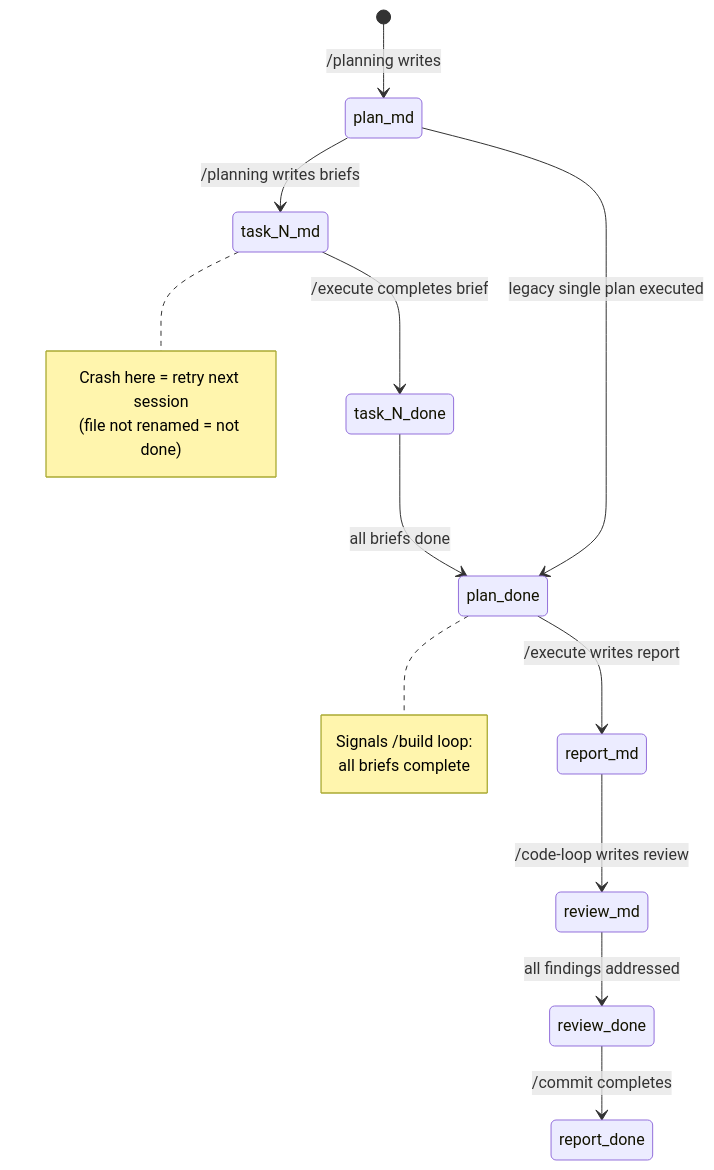
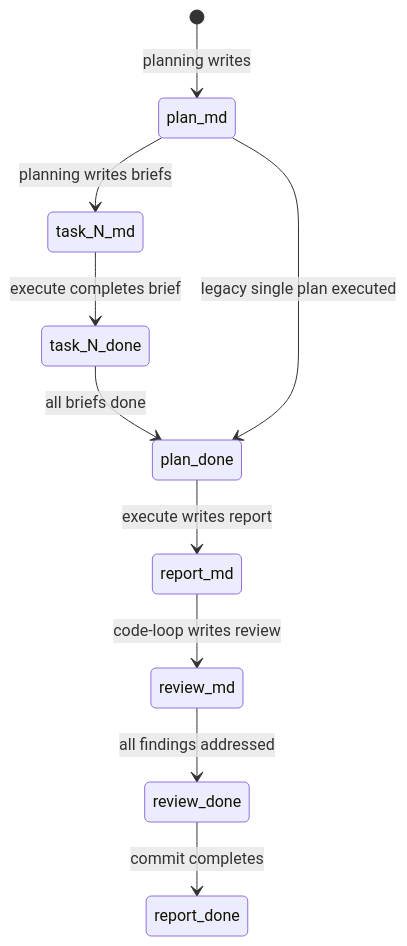
One commit to ryanjosebrosas/autonomous-coding-system-final changed the sixth of 6 diagrams in README.md. Above: the diagram before and after it, drawn with Mermaid. The commit also changed other lines of this file, not shown here.

First line of the commit message:
fix(readme): fix Mermaid syntax for GitHub renderer

````diff
--- a/README.md
+++ b/README.md
@@ -471,25 +471,15 @@
 ```mermaid
 stateDiagram-v2
-    [*] --> plan_md : /planning writes
+    [*] --> plan_md : planning writes
 
-    plan_md --> task_N_md : /planning writes briefs
-    task_N_md --> task_N_done : /execute completes brief
+    plan_md --> task_N_md : planning writes briefs
+    task_N_md --> task_N_done : execute completes brief
     task_N_done --> plan_done : all briefs done
 
     plan_md --> plan_done : legacy single plan executed
 
-    plan_done --> report_md : /execute writes report
-    report_md --> review_md : /code-loop writes review
+    plan_done --> report_md : execute writes report
+    report_md --> review_md : code-loop writes review
     review_md --> review_done : all findings addressed
-    review_done --> report_done : /commit completes
-
-    note right of task_N_md
-        Crash here = retry next session
-        (file not renamed = not done)
-    end note
-
-    note right of plan_done
-        Signals /build loop:
-        all briefs complete
-    end note
+    review_done --> report_done : commit completes
 ```
````
